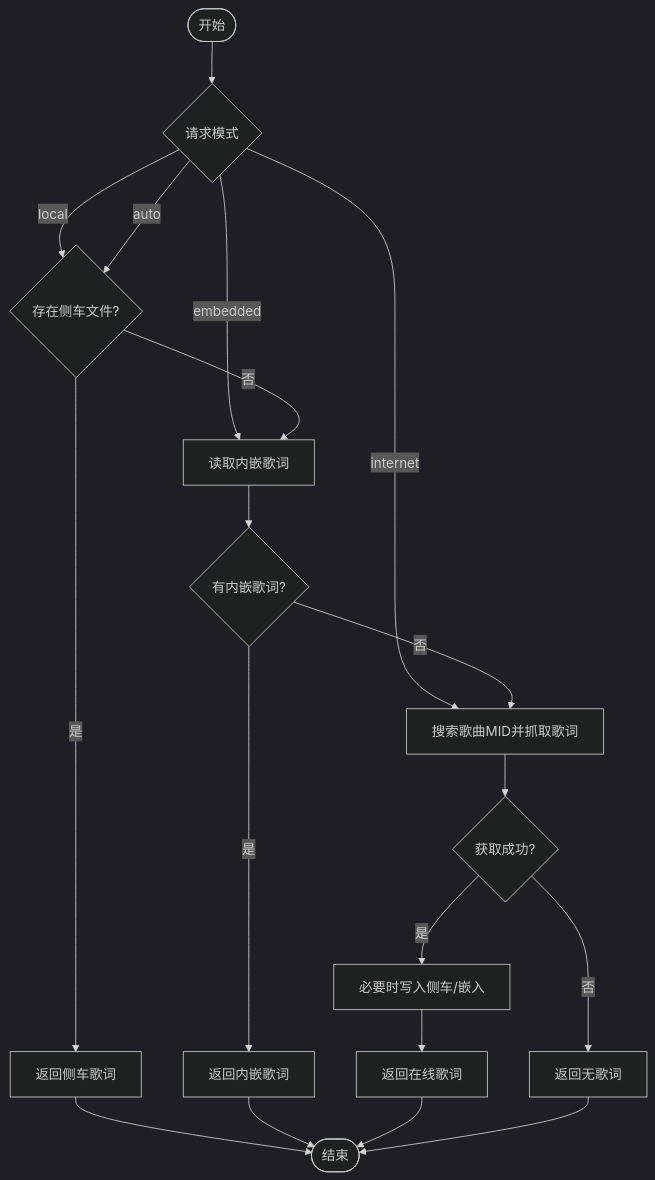
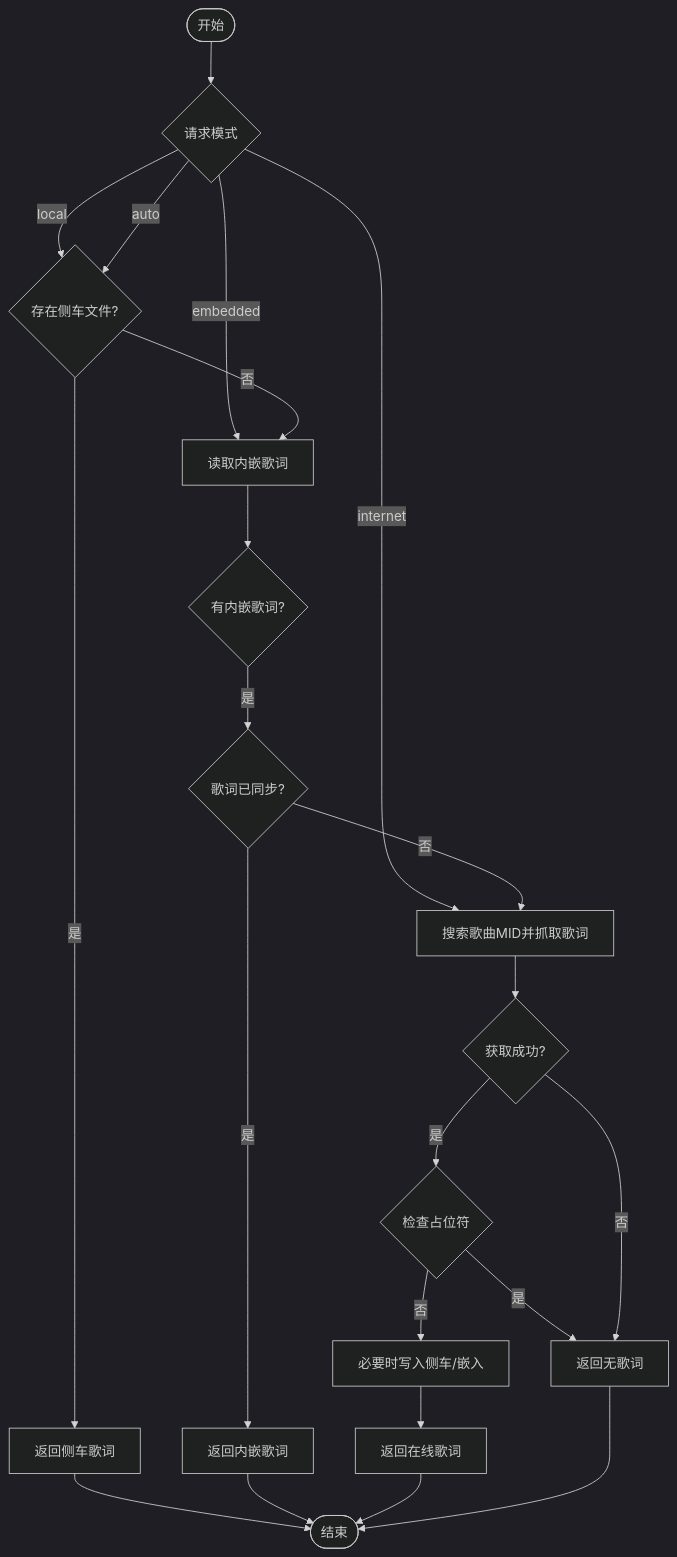
One commit to SeakyLuo/SMPlayerElectron changed the fourth of 10 diagrams in .qoder/repowiki/zh/content/核心模块/主进程服务模块/歌词服务.md. Above: the diagram before and after it, drawn with Mermaid (dark theme). The commit also changed other lines of this file and 13 other files, not shown here.

````diff
--- a/.qoder/repowiki/zh/content/核心模块/主进程服务模块/歌词服务.md
+++ b/.qoder/repowiki/zh/content/核心模块/主进程服务模块/歌词服务.md
@@ -159,21 +176,24 @@
 ```mermaid
 flowchart TD
 Start(["开始"]) --> Mode{"请求模式"}
 Mode --> |embedded| ReadEmbedded["读取内嵌歌词"]
 Mode --> |local| CheckSidecar{"存在侧车文件?"}
 CheckSidecar --> |是| ReturnSidecar["返回侧车歌词"]
 CheckSidecar --> |否| ReadEmbedded
 Mode --> |internet| FetchOnline["搜索歌曲MID并抓取歌词"]
 Mode --> |auto| CheckSidecar
 ReadEmbedded --> EmbeddedOk{"有内嵌歌词?"}
-EmbeddedOk --> |是| ReturnEmbedded["返回内嵌歌词"]
-EmbeddedOk --> |否| FetchOnline
+EmbeddedOk --> |是| CheckSynced{"歌词已同步?"}
+CheckSynced --> |是| ReturnEmbedded["返回内嵌歌词"]
+CheckSynced --> |否| FetchOnline
 FetchOnline --> OnlineOk{"获取成功?"}
-OnlineOk --> |是| Persist["必要时写入侧车/嵌入"]
+OnlineOk --> |是| CheckPlaceholder{"检查占位符"}
+CheckPlaceholder --> |是| ReturnNone["返回无歌词"]
+CheckPlaceholder --> |否| Persist["必要时写入侧车/嵌入"]
 Persist --> ReturnOnline["返回在线歌词"]
-OnlineOk --> |否| ReturnNone["返回无歌词"]
+OnlineOk --> |否| ReturnNone
 ReturnSidecar --> End(["结束"])
 ReturnEmbedded --> End
 ReturnOnline --> End
 ReturnNone --> End
 ```
````
